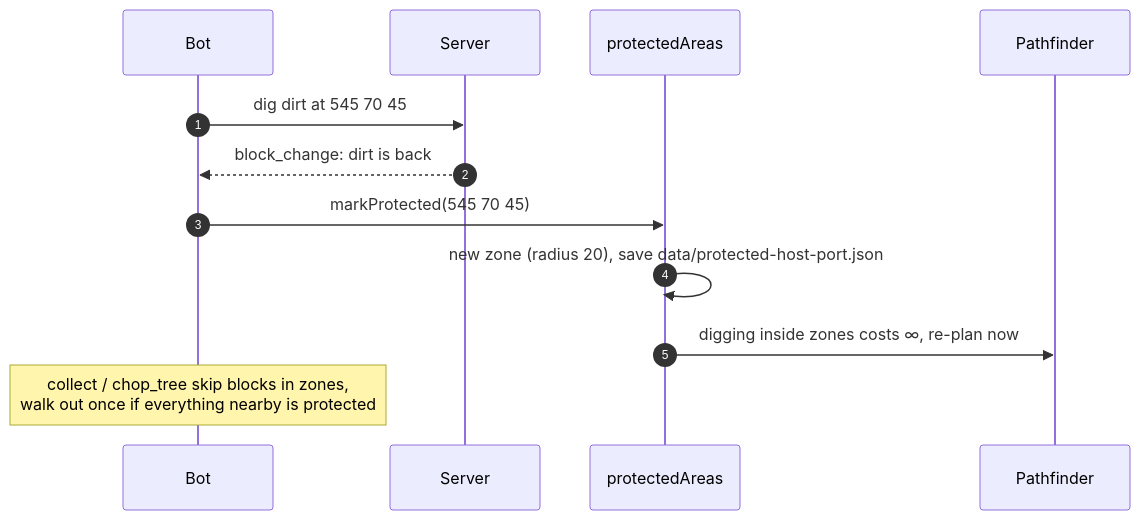
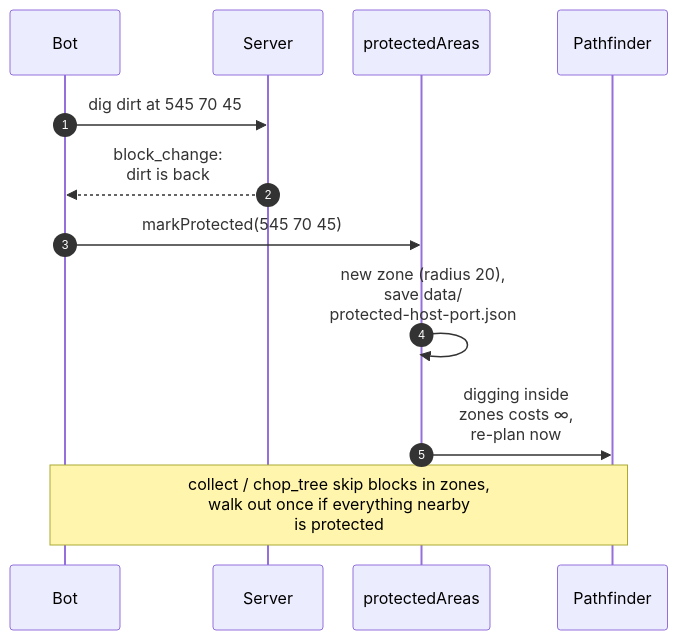
Before and after one commit to thereisnotime/golemkit: the second of 5 diagrams in docs/concepts/world.md, drawn with Mermaid. The commit also changed other lines of this file and 20 other files, not shown here.

First line of the commit message:
Docs: replace the last ASCII diagrams with mermaid, make wide charts top-down to fit the column

````diff
--- a/docs/concepts/world.md
+++ b/docs/concepts/world.md
@@ -54,14 +54,21 @@
 ```mermaid
+---
+config:
+  sequence:
+    width: 110
+    actorMargin: 30
+    diagramMarginX: 10
+---
 sequenceDiagram
   autonumber
   participant B as Bot
   participant S as Server
   participant P as protectedAreas
   participant PF as Pathfinder
   B->>S: dig dirt at 545 70 45
-  S-->>B: block_change: dirt is back
+  S-->>B: block_change:<br/>dirt is back
   B->>P: markProtected(545 70 45)
-  P->>P: new zone (radius 20), save data/protected-host-port.json
-  P->>PF: digging inside zones costs ∞, re-plan now
-  Note over B: collect / chop_tree skip blocks in zones,<br/>walk out once if everything nearby is protected
+  P->>P: new zone (radius 20),<br/>save data/<br/>protected-host-port.json
+  P->>PF: digging inside<br/>zones costs ∞,<br/>re-plan now
+  Note over B,PF: collect / chop_tree skip blocks in zones,<br/>walk out once if everything nearby<br/>is protected
 ```
````
